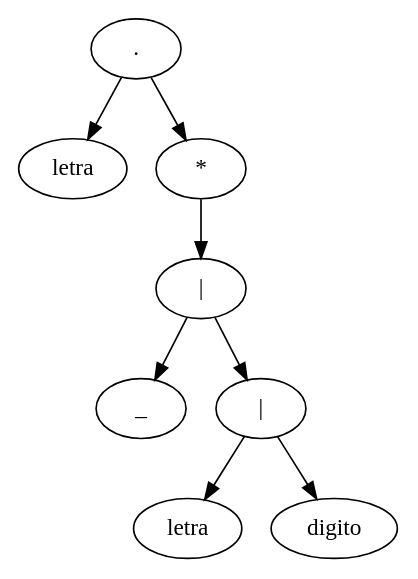
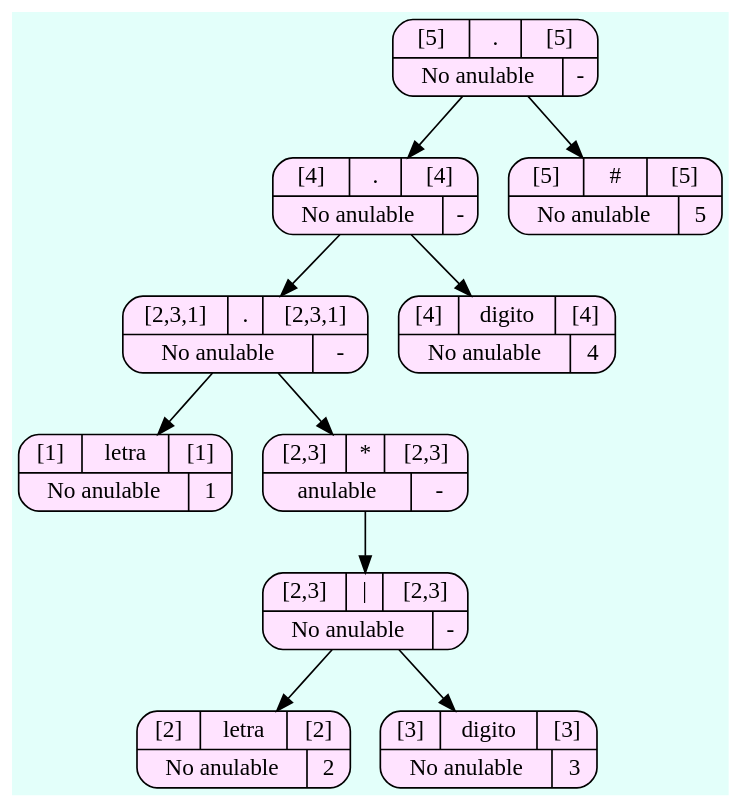
The diagram in src/main/java/Arboles/Arbol_Sintactico1.dot (walterjav19/OLC1_202111718_Proyecto1), drawn with Graphviz before and after one commit. The commit also changed 19 other files, not shown here.

```diff
--- a/src/main/java/Arboles/Arbol_Sintactico1.dot
+++ b/src/main/java/Arboles/Arbol_Sintactico1.dot
@@ -1,20 +1,25 @@
 digraph Arbol_Sintactico{
-
-node0[label = "."];
+  bgcolor = "#E3FFFA"
+node [shape=Mrecord fillcolor="#FFE3FF" style =filled];
+node0[label="{{[5]|.|[5]}|{No anulable|-}}"];
 node0 -> node00
-node00[label = "letra"];
+node00[label="{{[4]|.|[4]}|{No anulable|-}}"];
+node00 -> node000
+node000[label="{{[2,3,1]|.|[2,3,1]}|{No anulable|-}}"];
+node000 -> node0000
+node0000[label="{{[1]|letra|[1]}|{No anulable|1}}"];
+node000 -> node0001
+node0001[label="{{[2,3]|*|[2,3]}|{anulable|-}}"];
+node0001 -> node00010
+node00010[label="{{[2,3]|\||[2,3]}|{No anulable|-}}"];
+node00010 -> node000100
+node000100[label="{{[2]|letra|[2]}|{No anulable|2}}"];
+node00010 -> node000101
+node000101[label="{{[3]|digito|[3]}|{No anulable|3}}"];
+node00 -> node001
+node001[label="{{[4]|digito|[4]}|{No anulable|4}}"];
 node0 -> node01
-node01[label = "*"];
-node01 -> node010
-node010[label = "|"];
-node010 -> node0100
-node0100[label = "_"];
-node010 -> node0101
-node0101[label = "|"];
-node0101 -> node01010
-node01010[label = "letra"];
-node0101 -> node01011
-node01011[label = "digito"];
+node01[label="{{[5]|#|[5]}|{No anulable|5}}"];
 
 
 }
```
